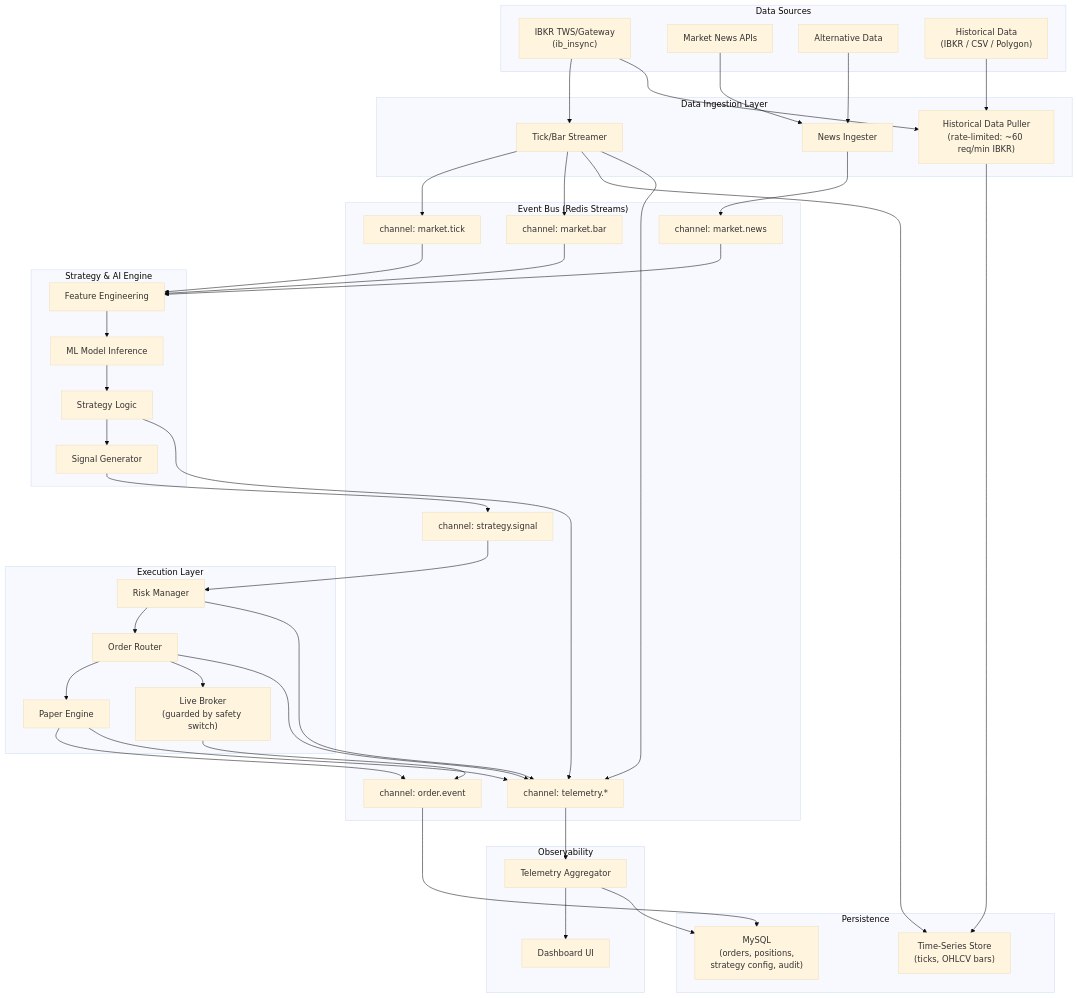
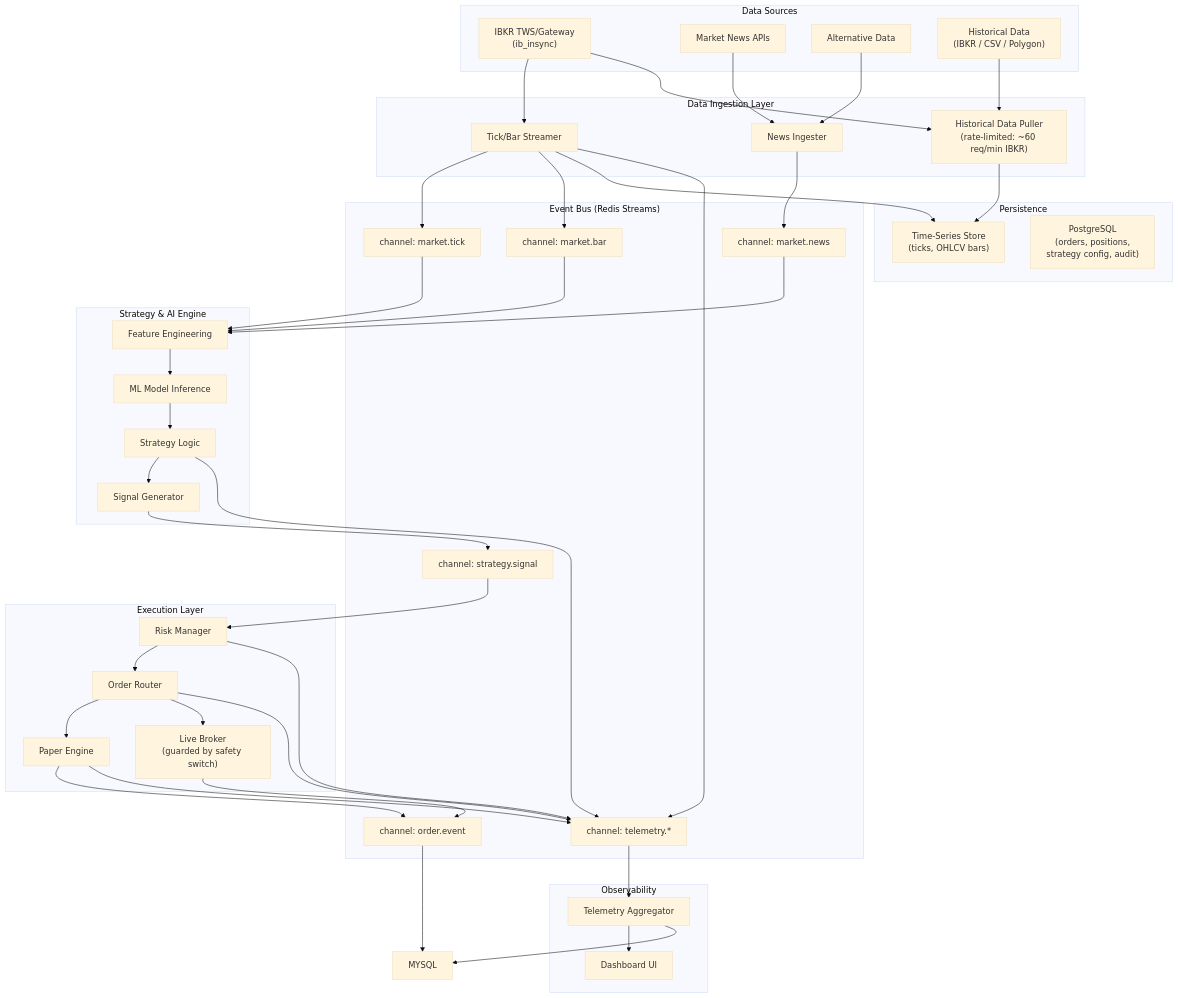
Before and after one commit to gihanchamara/Nexus: the third of 13 diagrams in README.md, drawn with Mermaid (base theme). The commit also changed other lines of this file and 10 other files, not shown here.

First line of the commit message:
refactor(db): replace MySQL with PostgreSQL across the platform

```diff
--- a/README.md
+++ b/README.md
@@ -175,7 +175,7 @@
 
     subgraph Persistence["Persistence"]
         TS["Time-Series Store\n(ticks, OHLCV bars)"]
-        MYSQL["MySQL\n(orders, positions,\nstrategy config, audit)"]
+        POSTGRES["PostgreSQL\n(orders, positions,\nstrategy config, audit)"]
     end
 
     subgraph Observability["Observability"]
```
